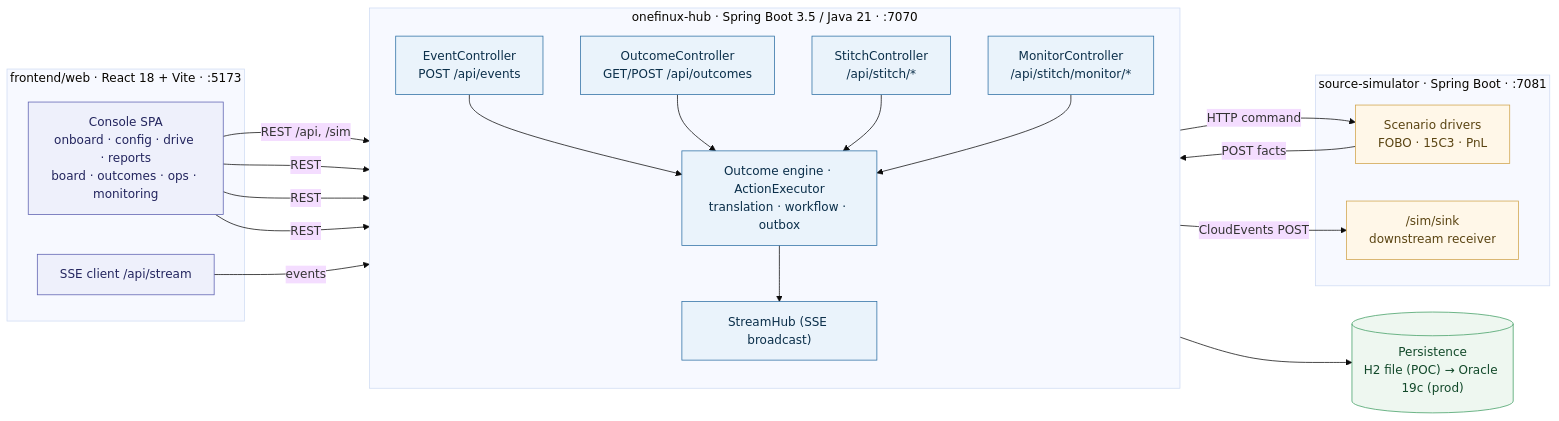
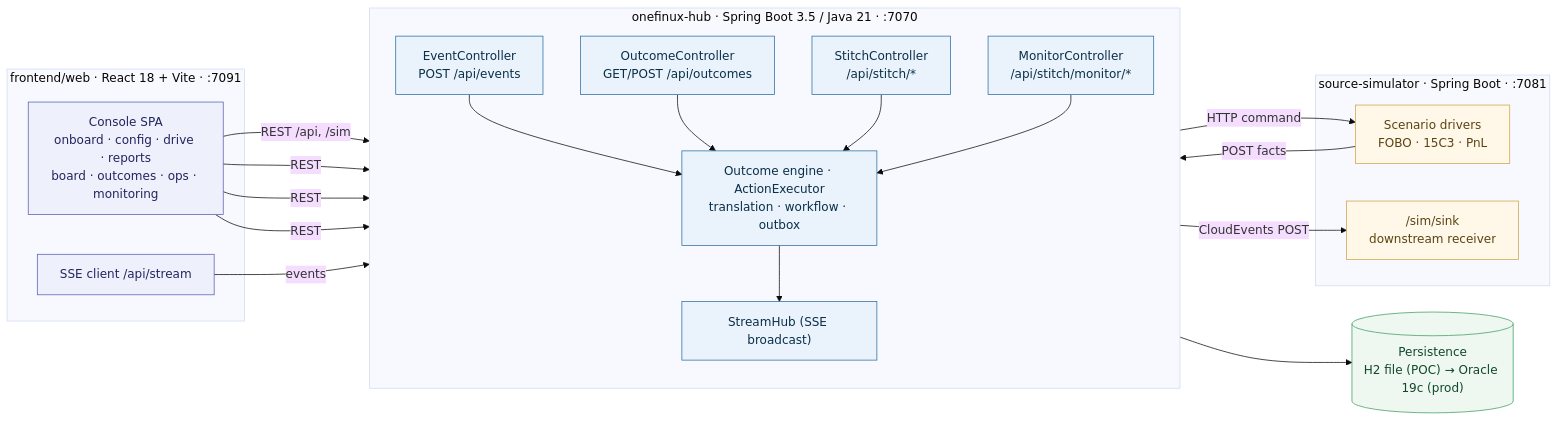
One commit to praveen2025work/onefinuxdemo changed the diagram in docs/design/diagrams/02-deployment-containers.mmd. Above: the diagram before and after it, drawn with Mermaid (base theme). The commit also changed 25 other files, not shown here.

```diff
--- a/docs/design/diagrams/02-deployment-containers.mmd
+++ b/docs/design/diagrams/02-deployment-containers.mmd
@@ -1,47 +1,47 @@
 flowchart LR
   classDef app fill:#eaf3fb,stroke:#2b6ea3,color:#0b2f4a;
   classDef web fill:#eef0fb,stroke:#5b5fb0,color:#23255e;
   classDef sim fill:#fff7e8,stroke:#d0a24a,color:#5a4412;
   classDef store fill:#eef7f0,stroke:#3f9d63,color:#12492a;
 
-  subgraph WEB["frontend/web · React 18 + Vite · :5173"]
+  subgraph WEB["frontend/web · React 18 + Vite · :7091"]
     UI["Console SPA<br/>onboard · config · drive · reports<br/>board · outcomes · ops · monitoring"]
     SSE["SSE client /api/stream"]
   end
 
   subgraph HUB["onefinux-hub · Spring Boot 3.5 / Java 21 · :7070"]
     direction TB
     EAPI["EventController<br/>POST /api/events"]
     OAPI["OutcomeController<br/>GET/POST /api/outcomes"]
     SAPI["StitchController<br/>/api/stitch/*"]
     MAPI["MonitorController<br/>/api/stitch/monitor/*"]
     CORE["Outcome engine · ActionExecutor<br/>translation · workflow · outbox"]
     STR["StreamHub (SSE broadcast)"]
   end
 
   subgraph SIM["source-simulator · Spring Boot · :7081"]
     SCEN["Scenario drivers<br/>FOBO · 15C3 · PnL"]
     SINK["/sim/sink<br/>downstream receiver"]
   end
 
   DB[("Persistence<br/>H2 file (POC) → Oracle 19c (prod)")]
 
   UI -->|REST /api, /sim| EAPI
   UI -->|REST| OAPI
   UI -->|REST| SAPI
   UI -->|REST| MAPI
   SSE -->|events| STR
   SCEN -->|POST facts| EAPI
   CORE -->|HTTP command| SCEN
   CORE -->|CloudEvents POST| SINK
   EAPI --> CORE
   OAPI --> CORE
   SAPI --> CORE
   MAPI --> CORE
   CORE --> DB
   CORE --> STR
 
   class UI,SSE web
   class EAPI,OAPI,SAPI,MAPI,CORE,STR app
   class SCEN,SINK sim
   class DB store
```
